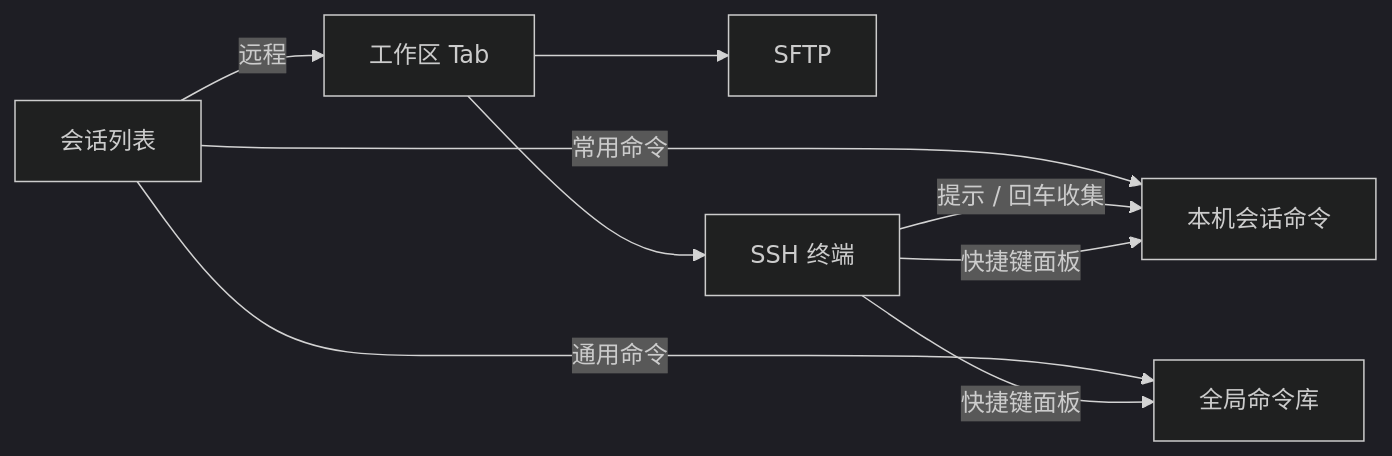
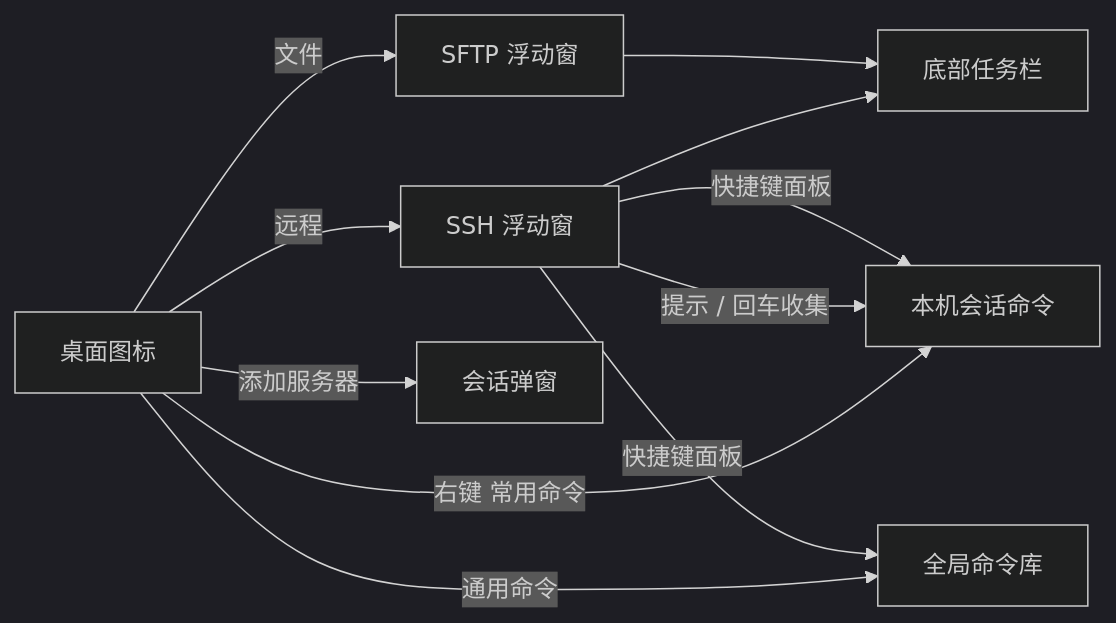
One commit to terrybg/webssh changed the diagram in README.md. Above: the diagram before and after it, drawn with Mermaid (dark theme). The commit also changed other lines of this file and 4 other files, not shown here.

````diff
--- a/README.md
+++ b/README.md
@@ -63,11 +65,13 @@
 ```mermaid
 flowchart LR
-  A[会话列表] -->|远程| B[工作区 Tab]
-  B --> C[SFTP]
-  B --> D[SSH 终端]
-  A -->|通用命令| E[全局命令库]
-  A -->|常用命令| F[本机会话命令]
-  D -->|提示 / 回车收集| F
-  D -->|快捷键面板| E
-  D -->|快捷键面板| F
+  A[桌面图标] -->|远程| B[SSH 浮动窗]
+  A -->|文件| C[SFTP 浮动窗]
+  B --> D[底部任务栏]
+  C --> D
+  A -->|添加服务器| E[会话弹窗]
+  A -->|通用命令| F[全局命令库]
+  A -->|右键 常用命令| G[本机会话命令]
+  B -->|提示 / 回车收集| G
+  B -->|快捷键面板| F
+  B -->|快捷键面板| G
 ```
````
